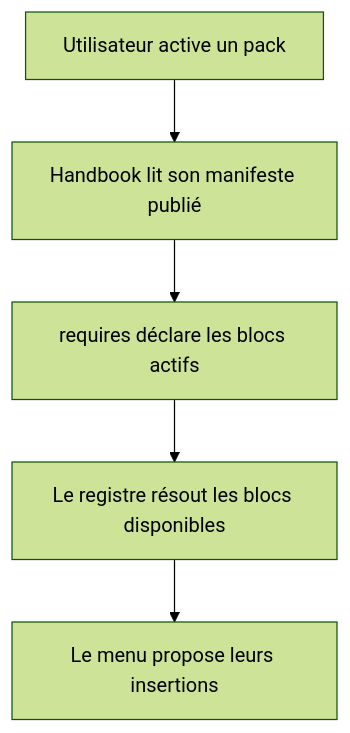
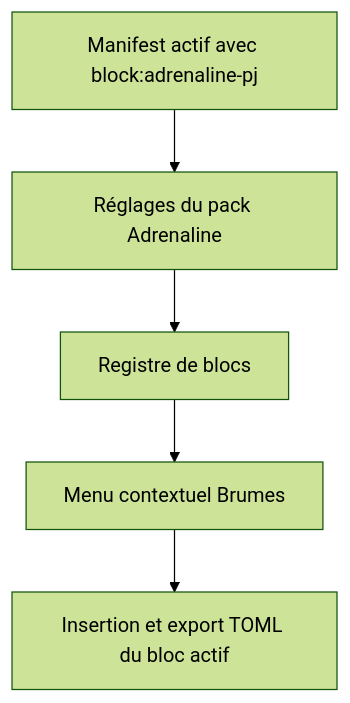
One commit to RebelliousSmile/schema-adrenaline changed the first of 2 diagrams in aidd_docs/tasks/2026_09/2026_09_18_actions-contextuelles-handbook/phase-1.md. Above: the diagram before and after it, drawn with Mermaid (forest theme). The commit also changed other lines of this file and 3 other files, not shown here.

````diff
--- a/aidd_docs/tasks/2026_09/2026_09_18_actions-contextuelles-handbook/phase-1.md
+++ b/aidd_docs/tasks/2026_09/2026_09_18_actions-contextuelles-handbook/phase-1.md
@@ -23,7 +23,7 @@
 ```mermaid
 flowchart TD
-  A[Utilisateur active un pack] --> B[Handbook lit son manifeste publié]
-  B --> C[requires déclare les blocs actifs]
-  C --> D[Le registre résout les blocs disponibles]
-  D --> E[Le menu propose leurs insertions]
+  A[Manifest actif avec block:adrenaline-pj] --> B[Réglages du pack Adrenaline]
+  B --> C[Registre de blocs]
+  C --> D[Menu contextuel Brumes]
+  D --> E[Insertion et export TOML du bloc actif]
 ```
````
